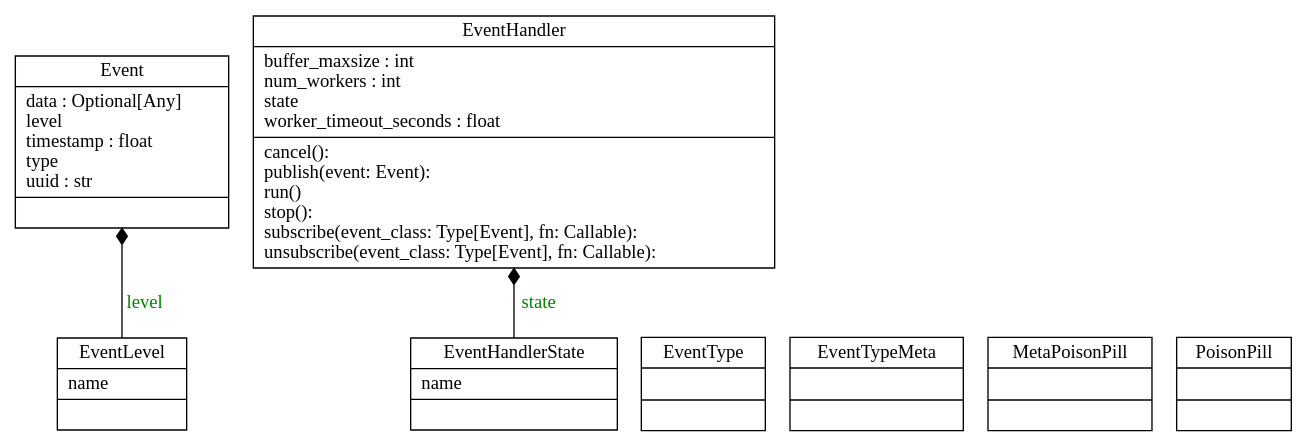
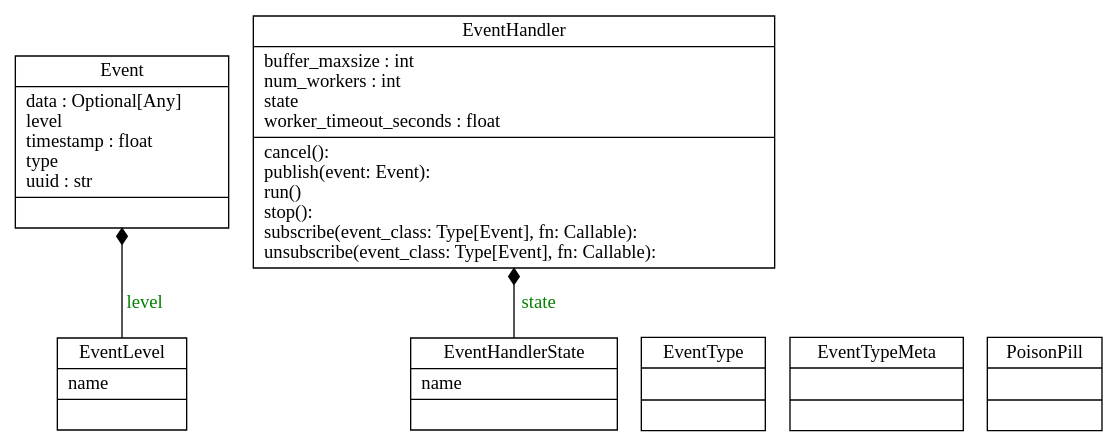
The diagram in docs/graphs/classes_event.dot (bonastreyair/iot-firmware), drawn with Graphviz before and after one commit. The commit also changed 4 other files, not shown here.

```diff
--- a/docs/graphs/classes_event.dot
+++ b/docs/graphs/classes_event.dot
@@ -1,14 +1,13 @@
 digraph "classes_event" {
 rankdir=BT
 charset="utf-8"
 "iot_firmware.event.schema.Event" [color="black", fontcolor="black", label="{Event|data : Optional[Any]\llevel\ltimestamp : float\ltype\luuid : str\l|}", shape="record", style="solid"];
 "iot_firmware.event.handler.EventHandler" [color="black", fontcolor="black", label="{EventHandler|buffer_maxsize : int\lnum_workers : int\lstate\lworker_timeout_seconds : float\l|cancel(): \lpublish(event: Event): \lrun()\lstop(): \lsubscribe(event_class: Type[Event], fn: Callable): \lunsubscribe(event_class: Type[Event], fn: Callable): \l}", shape="record", style="solid"];
 "iot_firmware.event.enum.EventHandlerState" [color="black", fontcolor="black", label="{EventHandlerState|name\l|}", shape="record", style="solid"];
 "iot_firmware.event.enum.EventLevel" [color="black", fontcolor="black", label="{EventLevel|name\l|}", shape="record", style="solid"];
 "iot_firmware.event.schema.EventType" [color="black", fontcolor="black", label="{EventType|\l|}", shape="record", style="solid"];
 "iot_firmware.event.schema.EventTypeMeta" [color="black", fontcolor="black", label="{EventTypeMeta|\l|}", shape="record", style="solid"];
-"iot_firmware.event.handler.MetaPoisonPill" [color="black", fontcolor="black", label="{MetaPoisonPill|\l|}", shape="record", style="solid"];
 "iot_firmware.event.handler.PoisonPill" [color="black", fontcolor="black", label="{PoisonPill|\l|}", shape="record", style="solid"];
 "iot_firmware.event.enum.EventHandlerState" -> "iot_firmware.event.handler.EventHandler" [arrowhead="diamond", arrowtail="none", fontcolor="green", label="state", style="solid"];
 "iot_firmware.event.enum.EventLevel" -> "iot_firmware.event.schema.Event" [arrowhead="diamond", arrowtail="none", fontcolor="green", label="level", style="solid"];
 }
```
